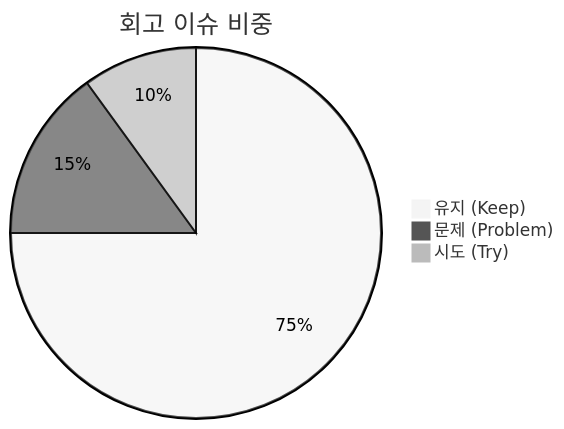
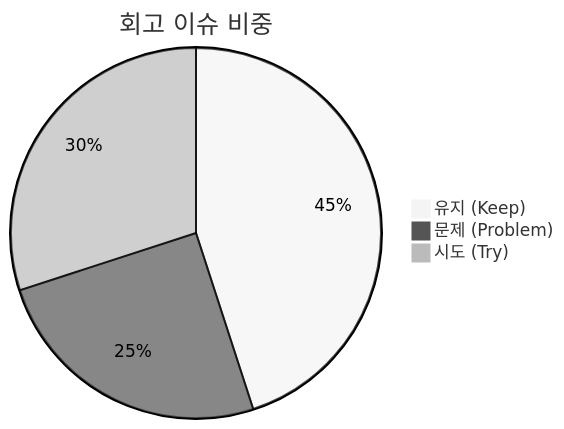
One commit to jkoogit/purePDFrend changed the diagram in docs/13.회고/README_회고.md. Above: the diagram before and after it, drawn with Mermaid (neutral theme). The commit also changed other lines of this file and 63 other files, not shown here.

````diff
--- a/docs/13.회고/README_회고.md
+++ b/docs/13.회고/README_회고.md
@@ -33,6 +28,6 @@
 ```mermaid
 pie title 회고 이슈 비중
-    "유지 (Keep)" : 75
-    "문제 (Problem)" : 15
-    "시도 (Try)" : 10
+    "유지 (Keep)" : 45
+    "문제 (Problem)" : 25
+    "시도 (Try)" : 30
 ```
````
